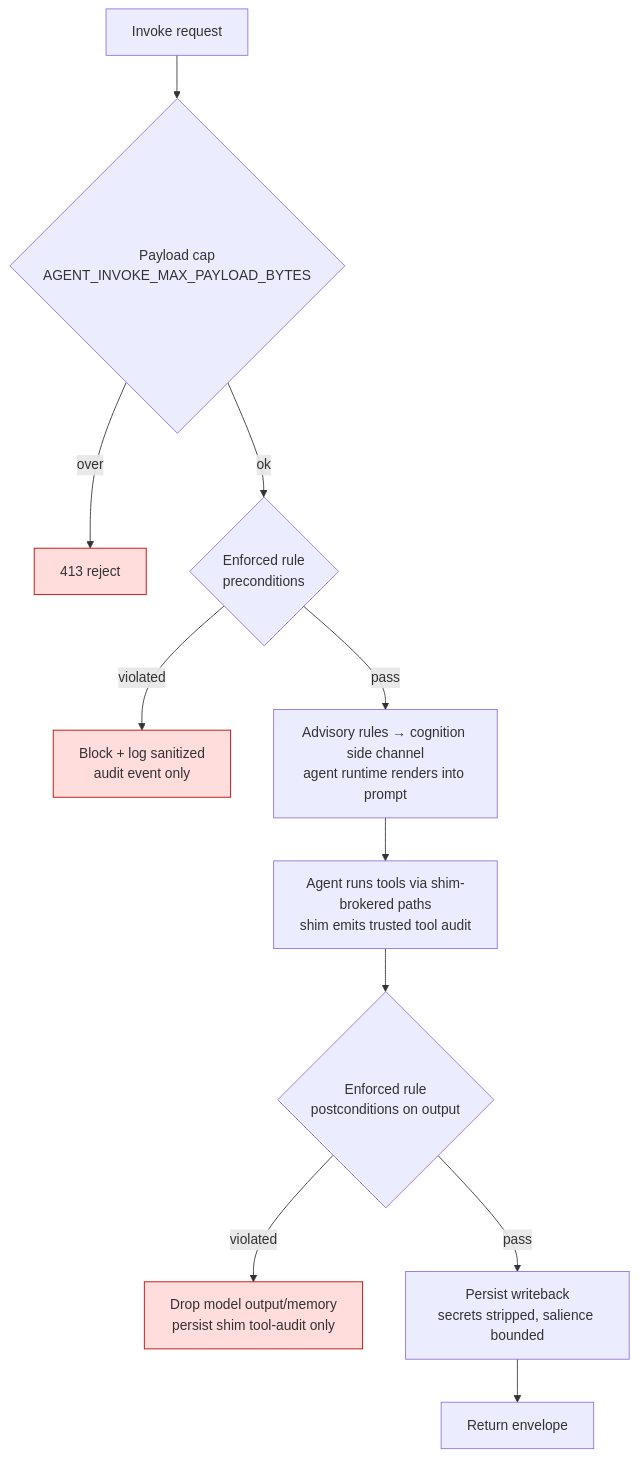
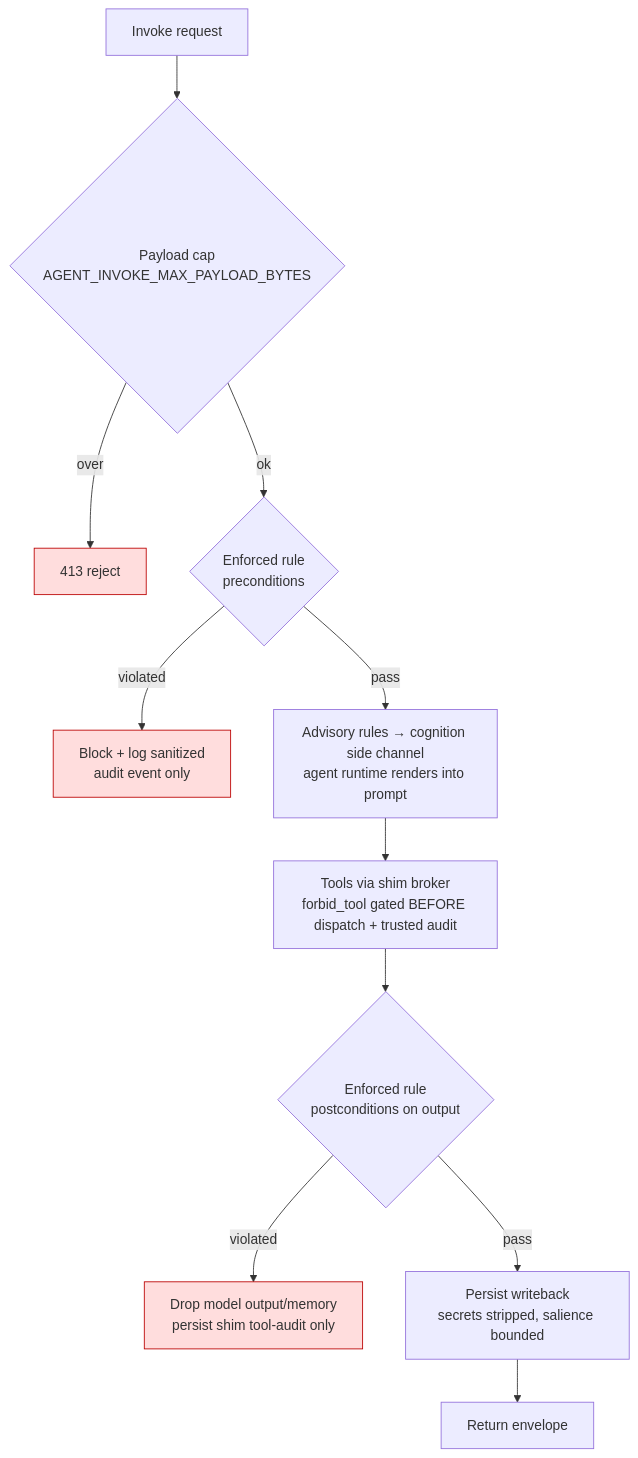
The sixth of 6 diagrams in backend/agents/agent_cognition/DESIGN.md (brandonkindred/Khala-Agentic-AI-Teams), drawn with Mermaid before and after one commit. The commit also changed other lines of this file and 1 other file, not shown here.

````diff
--- a/backend/agents/agent_cognition/DESIGN.md
+++ b/backend/agents/agent_cognition/DESIGN.md
@@ -492,16 +537,16 @@
 ```mermaid
 flowchart TB
   IN[Invoke request] --> V1{Payload cap<br/>AGENT_INVOKE_MAX_PAYLOAD_BYTES}
   V1 -- over --> R413[413 reject]
   V1 -- ok --> PRE{Enforced rule<br/>preconditions}
   PRE -- violated --> BLK[Block + log sanitized<br/>audit event only]
   PRE -- pass --> ADV[Advisory rules → cognition side channel<br/>agent runtime renders into prompt]
-  ADV --> RUN[Agent runs tools via shim-brokered paths<br/>shim emits trusted tool audit]
+  ADV --> RUN[Tools via shim broker<br/>forbid_tool gated BEFORE dispatch + trusted audit]
   RUN --> OUT{Enforced rule<br/>postconditions on output}
   OUT -- violated --> BLKO[Drop model output/memory<br/>persist shim tool-audit only]
   OUT -- pass --> WB[Persist writeback<br/>secrets stripped, salience bounded]
   WB --> DONE[Return envelope]
 
   classDef bad fill:#fdd,stroke:#b00
   class R413,BLK,BLKO bad
 ```
````
